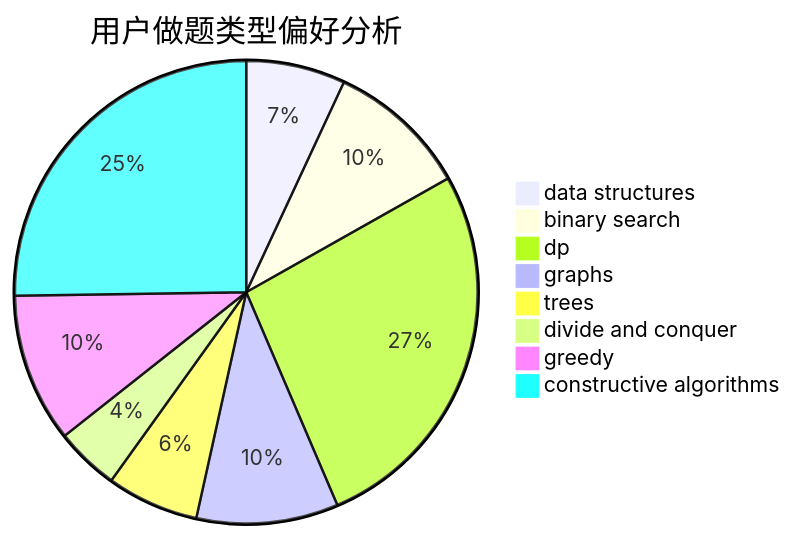
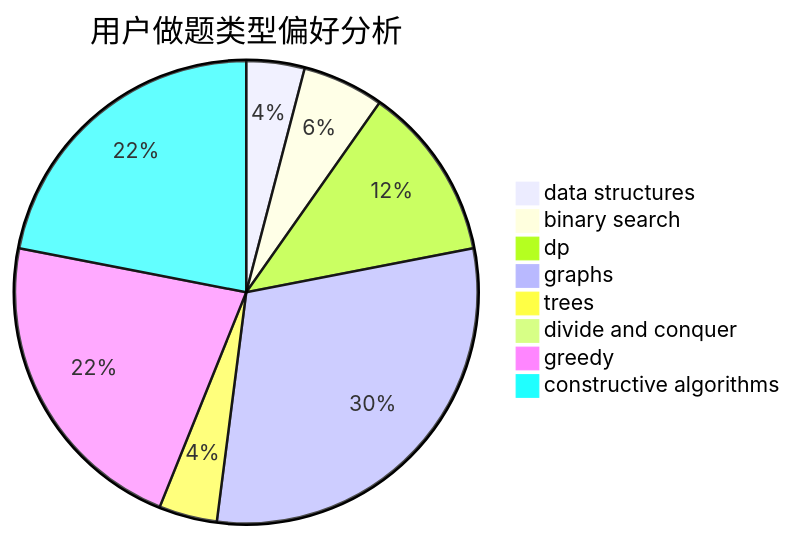
Before and after one commit to sherpahu/cfrs.github.io: the second of 3 diagrams in docs/user/u1131.md, drawn with Mermaid. The commit also changed other lines of this file and 2770 other files, not shown here.

````diff
--- a/docs/user/u1131.md
+++ b/docs/user/u1131.md
@@ -23,11 +23,11 @@
 ```mermaid
 pie title 用户做题类型偏好分析
-    "data structures" :  14
-    "binary search" :  20
-    "dp" :  54
-    "graphs" :  20
-    "trees" :  13
-    "divide and conquer" :  9
-    "greedy" :  21
-    "constructive algorithms" :  51
+    "data structures" :  5
+    "binary search" :  7
+    "dp" :  15
+    "graphs" :  37
+    "trees" :  5
+    "divide and conquer" :  1
+    "greedy" :  27
+    "constructive algorithms" :  27
 ```
````
